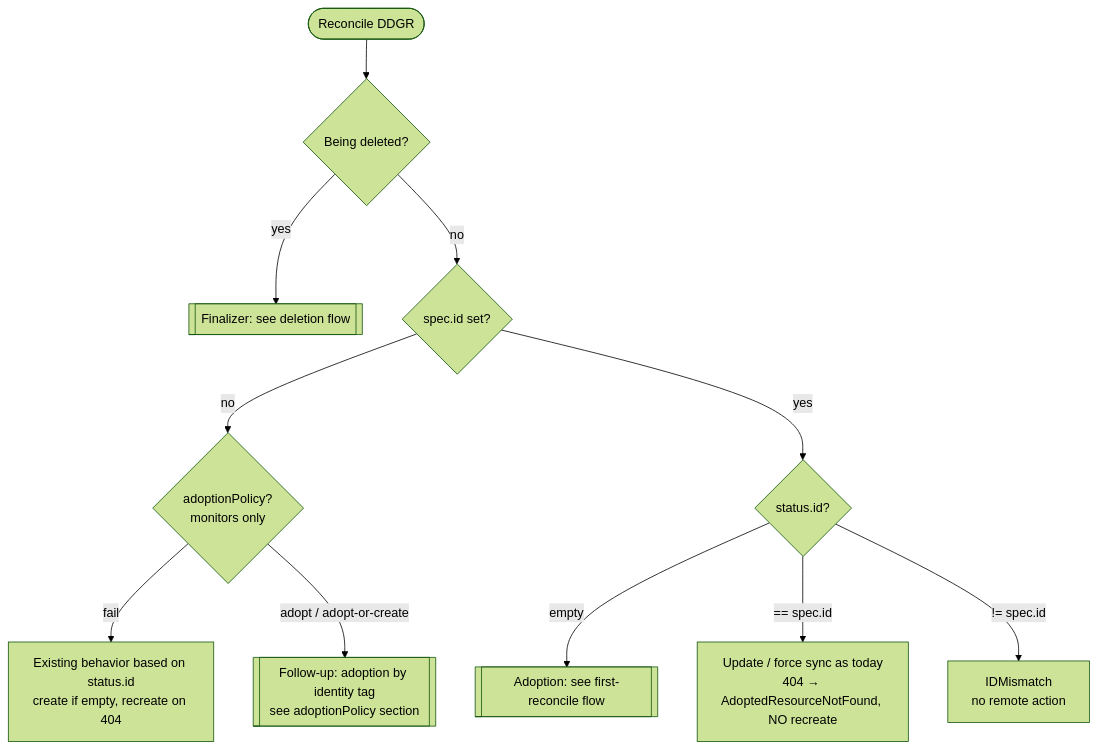
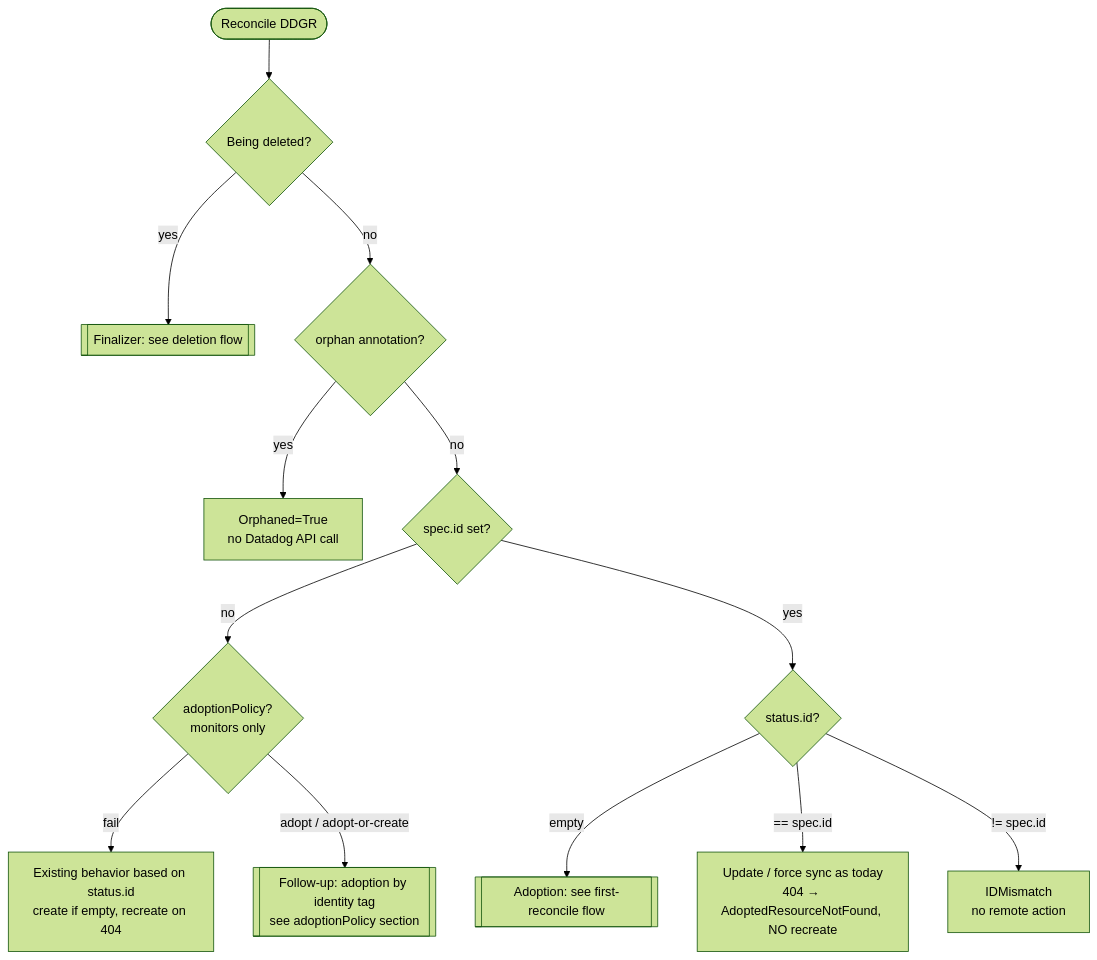
The first of 5 diagrams in docs/datadoggenericresource/datadog_generic_resource_adoption_brief.md (DataDog/datadog-operator), drawn with Mermaid (forest theme) before and after one commit. The commit also changed other lines of this file, not shown here.

Commit message:
Make the orphan annotation stop reconciliation and drop the migration safety net

````diff
--- a/docs/datadoggenericresource/datadog_generic_resource_adoption_brief.md
+++ b/docs/datadoggenericresource/datadog_generic_resource_adoption_brief.md
@@ -120,13 +120,15 @@
 ```mermaid
 flowchart TD
   start([Reconcile DDGR]) --> del{Being deleted?}
   del -- yes --> fin[[Finalizer: see deletion flow]]
-  del -- no --> sid{spec.id set?}
+  del -- no --> orph{orphan annotation?}
+  orph -- yes --> paused[Orphaned=True<br/>no Datadog API call]
+  orph -- no --> sid{spec.id set?}
   sid -- no --> pol{adoptionPolicy?<br/>monitors only}
   pol -- fail --> legacy[Existing behavior based on status.id<br/>create if empty, recreate on 404]
   pol -- "adopt / adopt-or-create" --> byTag[[Follow-up: adoption by identity tag<br/>see adoptionPolicy section]]
   sid -- yes --> stid{status.id?}
   stid -- empty --> adopt[[Adoption: see first-reconcile flow]]
   stid -- "== spec.id" --> normal[Update / force sync as today<br/>404 → AdoptedResourceNotFound, NO recreate]
   stid -- "!= spec.id" --> mismatch[IDMismatch<br/>no remote action]
 ```
````
